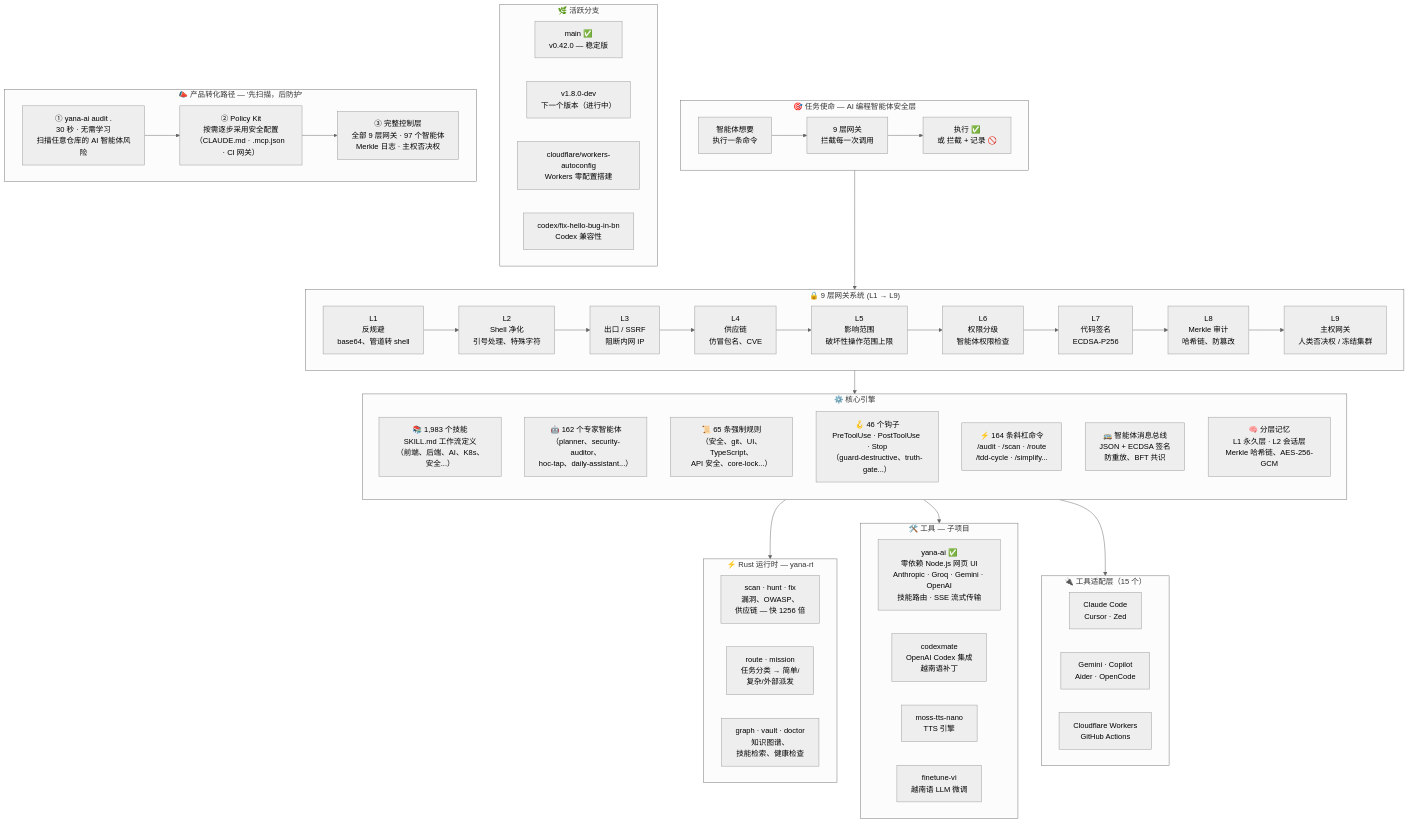
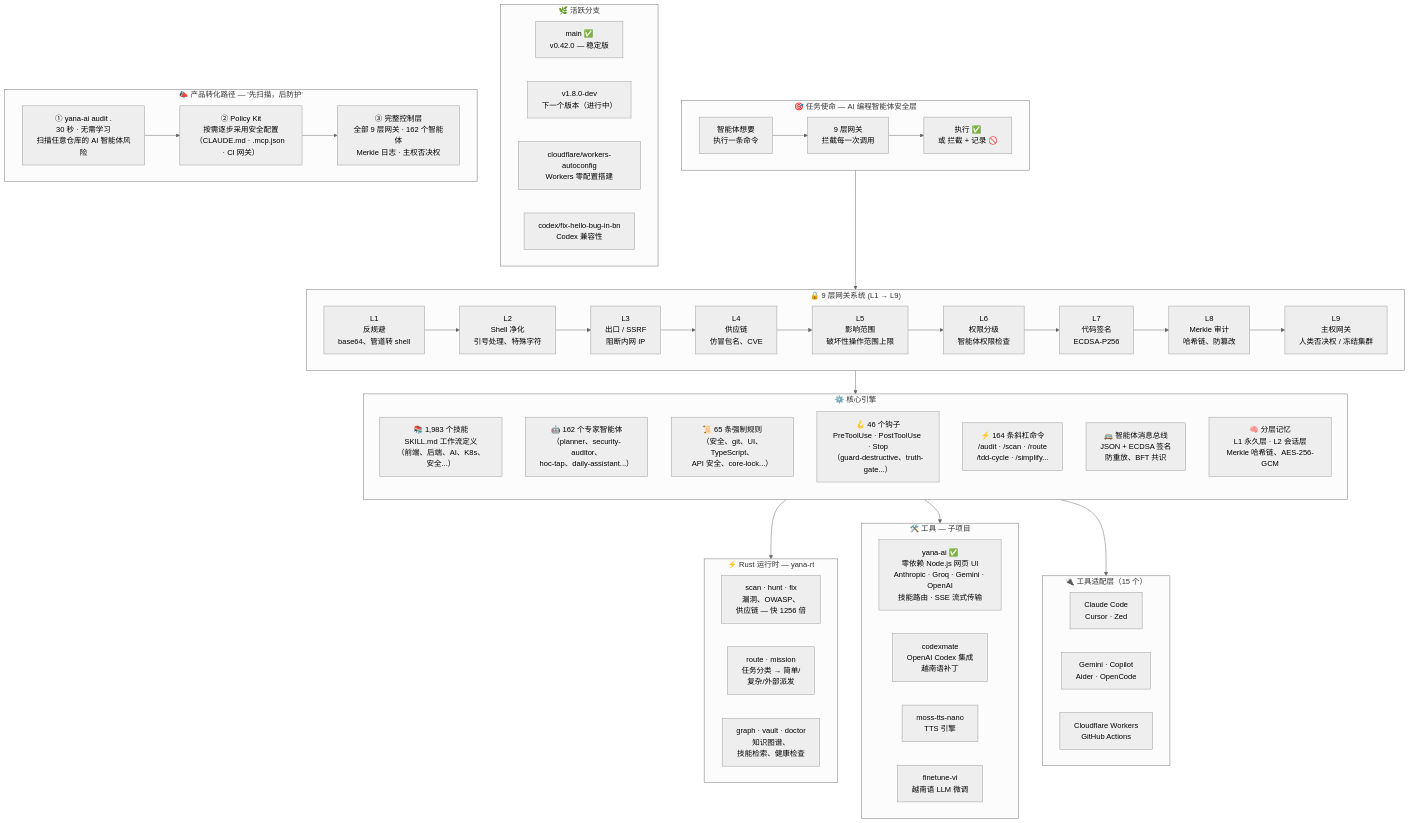
One commit to yanacuti1121/Yana-AI changed the diagram in README.zh.md. Above: the diagram before and after it, drawn with Mermaid (neutral theme). The commit also changed other lines of this file and 2 other files, not shown here.

```diff
--- a/README.zh.md
+++ b/README.zh.md
@@ -190,7 +190,7 @@
         direction LR
         F1["① yana-ai audit .\n30 秒 · 无需学习\n扫描任意仓库的 AI 智能体风险"]
         F2["② Policy Kit\n按需逐步采用安全配置\n（CLAUDE.md · .mcp.json · CI 网关）"]
-        F3["③ 完整控制层\n全部 9 层网关 · 97 个智能体\nMerkle 日志 · 主权否决权"]
+        F3["③ 完整控制层\n全部 9 层网关 · 162 个智能体\nMerkle 日志 · 主权否决权"]
         F1 --> F2 --> F3
     end
 
```
